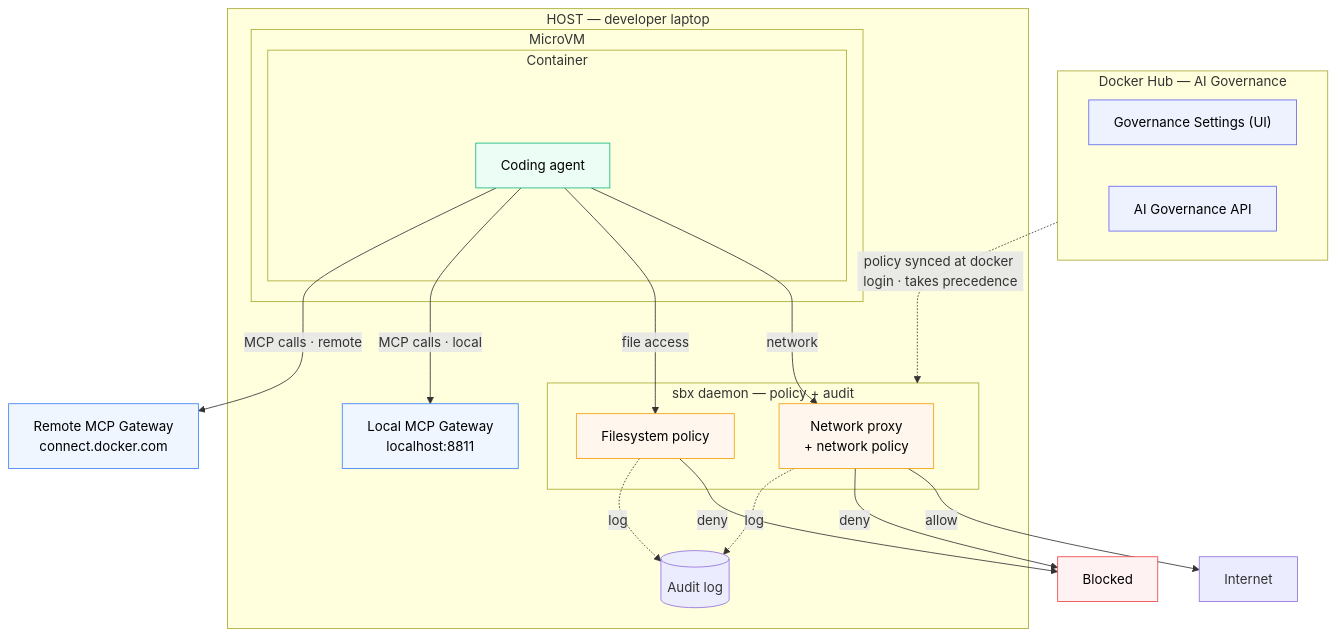
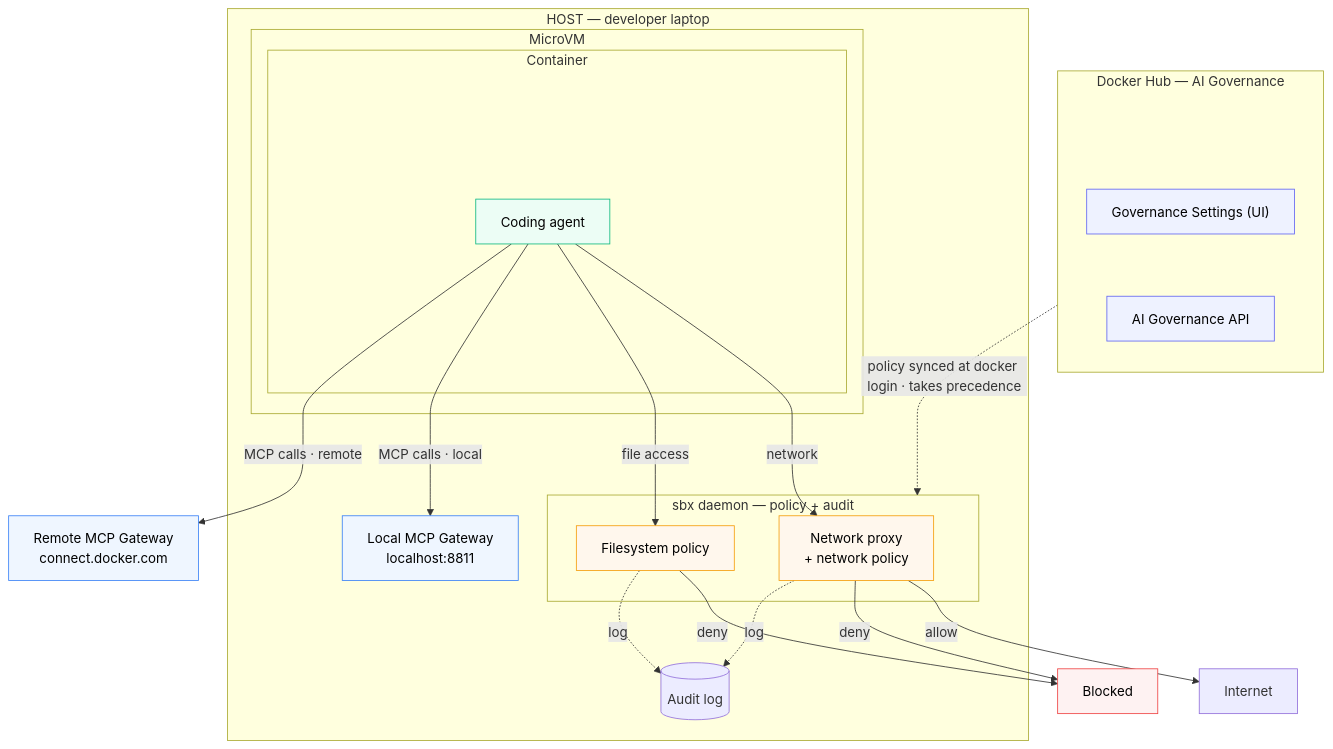
Before and after one commit to ajeetraina/labspace-ai-governance: the diagram in labspace/06-mcp-hands-on.md, drawn with Mermaid. The commit also changed 1 other file, not shown here.

Commit message:
Nudge Governance Settings (UI) lower in the Docker Hub box
Add an invisible spacer node above the Governance Settings box so it sits a
little below the subgraph title (cleaner gap), via invisible links. Verified
in a re-render.

````diff
--- a/labspace/06-mcp-hands-on.md
+++ b/labspace/06-mcp-hands-on.md
@@ -24,51 +24,56 @@
 ```mermaid
 flowchart TB
     subgraph HUB["Docker Hub — AI Governance"]
+        direction TB
+        SPACER[" "]
         SETTINGS["Governance Settings (UI)"]
         API["AI Governance API"]
+        SPACER ~~~ SETTINGS ~~~ API
     end
 
     subgraph HOST["HOST — developer laptop"]
         subgraph VM["MicroVM"]
             subgraph CON["Container"]
                 AGENT["Coding agent"]
             end
         end
 
         subgraph DAEMON["sbx daemon — policy + audit"]
             NET["Network proxy<br/>+ network policy"]
             FS["Filesystem policy"]
         end
 
         LOCALGW["Local MCP Gateway<br/>localhost:8811"]
         AUDIT[("Audit log")]
     end
 
     REMOTEGW["Remote MCP Gateway<br/>connect.docker.com"]
     INTERNET["Internet"]
     BLOCK["Blocked"]
 
     HUB -. "policy synced at docker login · takes precedence" .-> DAEMON
 
     AGENT -- "network" --> NET
     AGENT -- "file access" --> FS
     AGENT -- "MCP calls · local" --> LOCALGW
     AGENT -- "MCP calls · remote" --> REMOTEGW
 
     NET -- "allow" --> INTERNET
     NET -- "deny" --> BLOCK
     FS -- "deny" --> BLOCK
     NET -. log .-> AUDIT
     FS -. log .-> AUDIT
 
     classDef hub fill:#eef2ff,stroke:#6366f1,color:#000
     classDef vm fill:#ecfdf5,stroke:#10b981,color:#000
     classDef pol fill:#fff7ed,stroke:#f59e0b,color:#000
     classDef gw fill:#eff6ff,stroke:#3b82f6,color:#000
     classDef deny fill:#fef2f2,stroke:#ef4444,color:#000
+    classDef hidden fill:none,stroke:none,color:none
+    class SPACER hidden
     class SETTINGS,API hub
     class AGENT vm
     class NET,FS pol
     class LOCALGW,REMOTEGW gw
     class BLOCK deny
 ```
````
